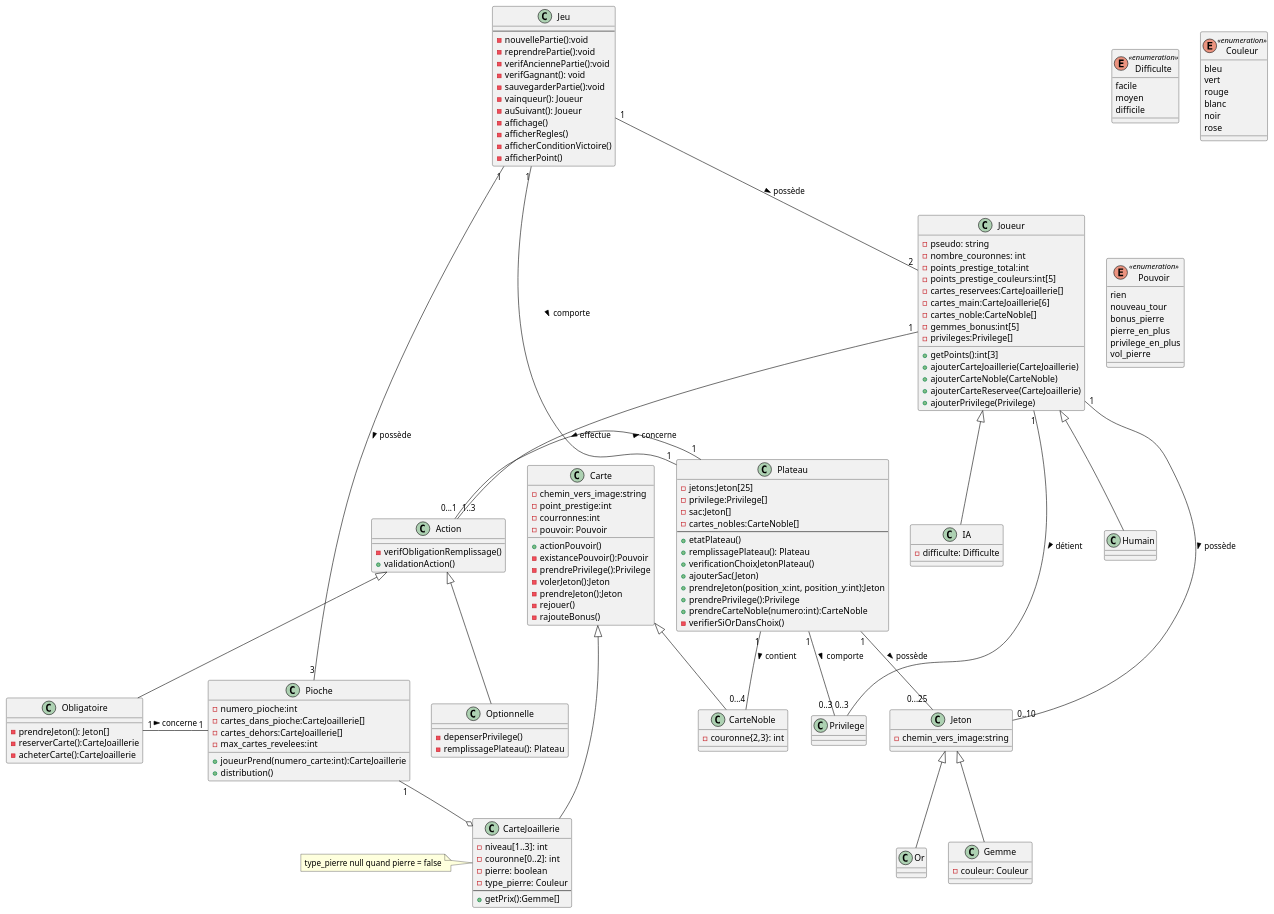
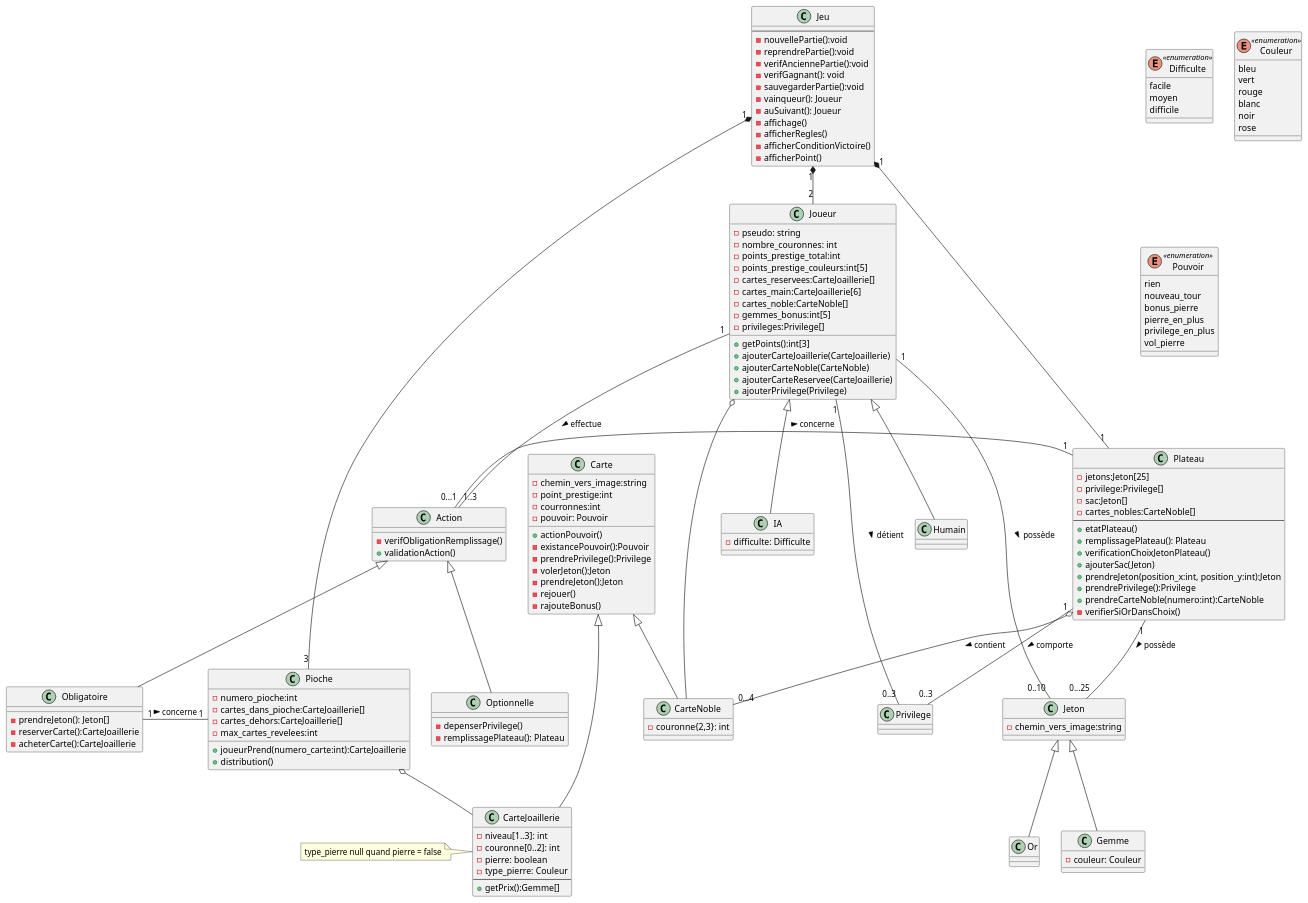
Before and after one commit to LaylaLunae/Splendor-duel: the diagram in SplendorUML.puml, drawn with PlantUML.

Commit message:
rajout d'agrégations et de compositions

```diff
--- a/SplendorUML.puml
+++ b/SplendorUML.puml
@@ -1,185 +1,186 @@
 @startuml
 
 class Jeu {
 --
 - nouvellePartie():void
 - reprendrePartie():void
 - verifAnciennePartie():void
 - verifGagnant(): void
 - sauvegarderPartie():void
 - vainqueur(): Joueur
 - auSuivant(): Joueur
 - affichage()
 - afficherRegles()
 - afficherConditionVictoire()
 - afficherPoint()
 }
 
 
 class Plateau {
 - jetons:Jeton[25]
 - privilege:Privilege[]
 - sac:Jeton[]
 - cartes_nobles:CarteNoble[]
 --
 + etatPlateau()
 + remplissagePlateau(): Plateau
 + verificationChoixJetonPlateau()
 + ajouterSac(Jeton)
 + prendreJeton(position_x:int, position_y:int):Jeton
 + prendrePrivilege():Privilege
 + prendreCarteNoble(numero:int):CarteNoble
 - verifierSiOrDansChoix()
 }
 
 
 
 class Joueur {
 - pseudo: string
 - nombre_couronnes: int
 - points_prestige_total:int
 - points_prestige_couleurs:int[5]
 - cartes_reservees:CarteJoaillerie[]
 - cartes_main:CarteJoaillerie[6]
 - cartes_noble:CarteNoble[]
 - gemmes_bonus:int[5]
 - privileges:Privilege[]
 + getPoints():int[3]
 + ajouterCarteJoaillerie(CarteJoaillerie)
 + ajouterCarteNoble(CarteNoble)
 + ajouterCarteReservee(CarteJoaillerie)
 + ajouterPrivilege(Privilege)
 }
 
 class IA {
 - difficulte: Difficulte
 }
 
 enum Difficulte <<enumeration>> {
  facile
  moyen
  difficile
 }
 
 class Jeton {
 - chemin_vers_image:string
 }
 class Privilege {
 }
 class Or {
 }
 class Gemme {
 -couleur: Couleur
 }
 enum Couleur <<enumeration>> {
  bleu
  vert
  rouge
  blanc
  noir
  rose
 }
 
 
 class Pioche{
 - numero_pioche:int
 - cartes_dans_pioche:CarteJoaillerie[]
 - cartes_dehors:CarteJoaillerie[]
 - max_cartes_revelees:int
 + joueurPrend(numero_carte:int):CarteJoaillerie
 + distribution()
 }
 class Carte {
 - chemin_vers_image:string
 - point_prestige:int
 - courronnes:int
 - pouvoir: Pouvoir
 + actionPouvoir()
 - existancePouvoir():Pouvoir
 - prendrePrivilege():Privilege
 - volerJeton():Jeton
 - prendreJeton():Jeton
 - rejouer()
 - rajouteBonus()
 }
 
 class CarteNoble {
 -couronne{2,3}: int
 }
 
 class CarteJoaillerie {
 -niveau[1..3]: int
 -couronne[0..2]: int
 -pierre: boolean
 -type_pierre: Couleur
 --
 + getPrix():Gemme[]
 }
 note left: type_pierre null quand pierre = false
 
 
 enum Pouvoir <<enumeration>> {
  rien
  nouveau_tour
  bonus_pierre
  pierre_en_plus
  privilege_en_plus
  vol_pierre
 }
 
 
 
 class Action {
 - verifObligationRemplissage()
 + validationAction()
 }
 
 class Optionnelle {
 - depenserPrivilege()
 - remplissagePlateau(): Plateau
 }
 
 class Obligatoire {
 - prendreJeton(): Jeton[]
 - reserverCarte():CarteJoaillerie
 - acheterCarte():CarteJoaillerie
 }
 
 
 
 
 Joueur <|-- IA
 Joueur <|-- Humain
 
-Jeu "1" -- "1" Plateau: comporte >
-Jeu "1" -- "2" Joueur: possède >
-Jeu "1" -- "3" Pioche: possède >
+Jeu "1" *-- "1" Plateau
+Jeu "1" *-- "2" Joueur
+Jeu "1" *-- "3" Pioche
 
 
 Plateau "1" -- "0...25" Jeton: possède >
 Plateau "1"--"0..3" Privilege: comporte >
-Plateau "1"--"0...4" CarteNoble: contient >
+Plateau o--"0...4" CarteNoble: contient >
 'Plateau "1"-"3" Pioche
 
-Pioche "1"--o CarteJoaillerie
+Pioche o-- CarteJoaillerie
 
 Jeton <|-- Or
 Jeton <|-- Gemme
 
 Joueur "1" -- "0..3" Privilege: détient >
 Joueur "1" -- "0..10" Jeton: possède >
 Joueur "1"-- "1..3" Action: effectue >
+Joueur o-- CarteNoble
 
 Carte <|-- CarteNoble
 Carte <|-- CarteJoaillerie
 '(CarteJoaillerie, Pierre) .. AchatCarte
 
 
 Action <|-- Optionnelle
 Action <|-- Obligatoire
 Action "0...1"-"1" Plateau : concerne >
 Obligatoire "1"-"1" Pioche : concerne >
 
 
 
 @enduml
```
